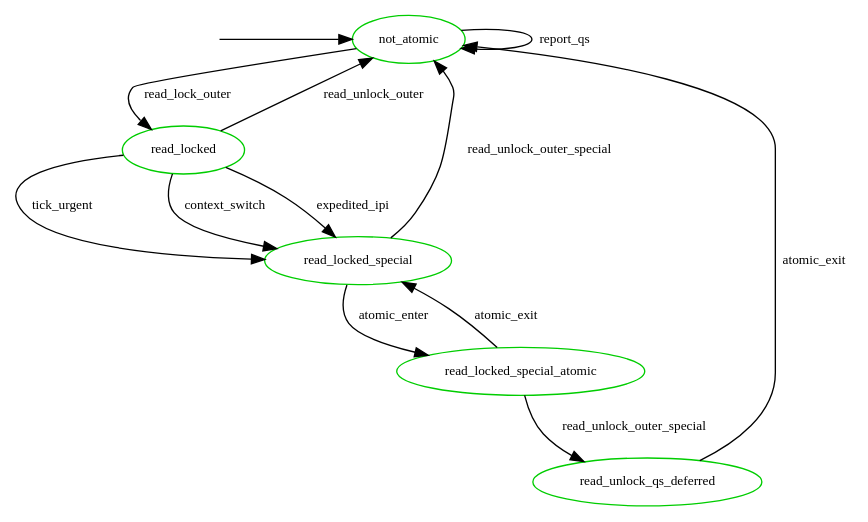
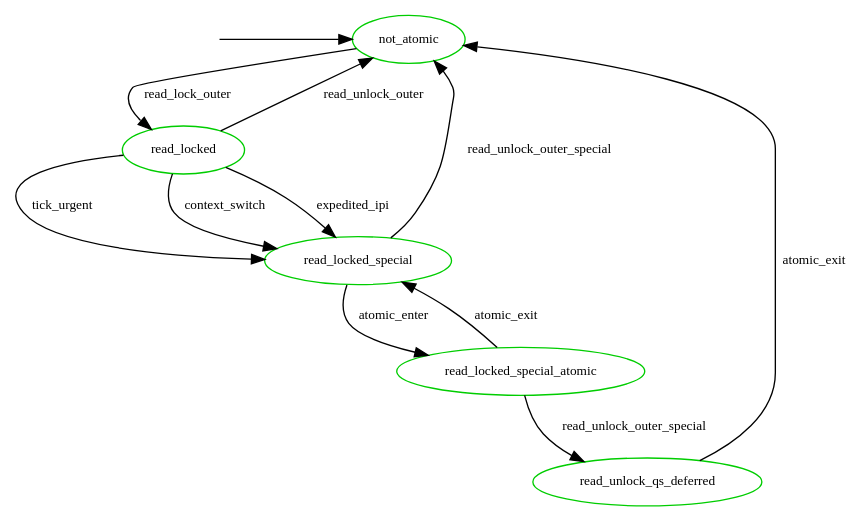
The diagram in Dot_Models/defer_rlock_atomic_runlock.dot (joelagnel/RCU_Supremica), drawn with Graphviz before and after one commit.

Commit message:
remove qs report from not-atomic

```diff
--- a/Dot_Models/defer_rlock_atomic_runlock.dot
+++ b/Dot_Models/defer_rlock_atomic_runlock.dot
@@ -1,39 +1,38 @@
 digraph state_automaton {
 	center = true;
 	// size = "700,800";
 	nodesep = 0.7;
 	{node [shape = plaintext, style=invis, label=""] "__init_not_atomic"};
 	node [shape = ellipse, fontsize=10, color = green3];
 	edge [fontsize=10];
 
 	"__init_not_atomic" -> "not_atomic";
 
 	/* Handling for read-lock, pirq dis, read-unlock, pirq en */
 	"not_atomic" [label = "not_atomic"]; 
 	"read_locked" [label = "read_locked"]; 
 	"read_locked_special" [label = "read_locked_special"]; 
 	"read_locked_special_atomic" [label = "read_locked_special_atomic"]; 
 	"read_unlock_qs_deferred" [label = "read_unlock_qs_deferred"]; 
 
-	"not_atomic" -> "not_atomic" [ label = "report_qs" ];
 	"not_atomic" -> "read_locked" [ label = "read_lock_outer" ];
 
 	"read_locked" -> "not_atomic" [ label = "read_unlock_outer" ];
 	"read_locked" -> "read_locked_special" [ label = "tick_urgent" ];
 	"read_locked" -> "read_locked_special" [ label = "context_switch" ];
 	"read_locked" -> "read_locked_special" [ label = "expedited_ipi" ];
 
 	"read_locked_special" -> "not_atomic" [ label = "read_unlock_outer_special" ];
 
 	"read_locked_special" -> "read_locked_special_atomic" [ label = "atomic_enter" ];
 	"read_locked_special_atomic" -> "read_locked_special" [ label = "atomic_exit" ];
 
 	"read_locked_special_atomic" -> "read_unlock_qs_deferred" [ label = "read_unlock_outer_special" ];
 
 	"read_unlock_qs_deferred" -> "not_atomic" [ label = "atomic_exit" ];
 
 	{ rank = min ;
 		"__init_not_atomic";
 		"not_atomic";
 	}
 }
```
